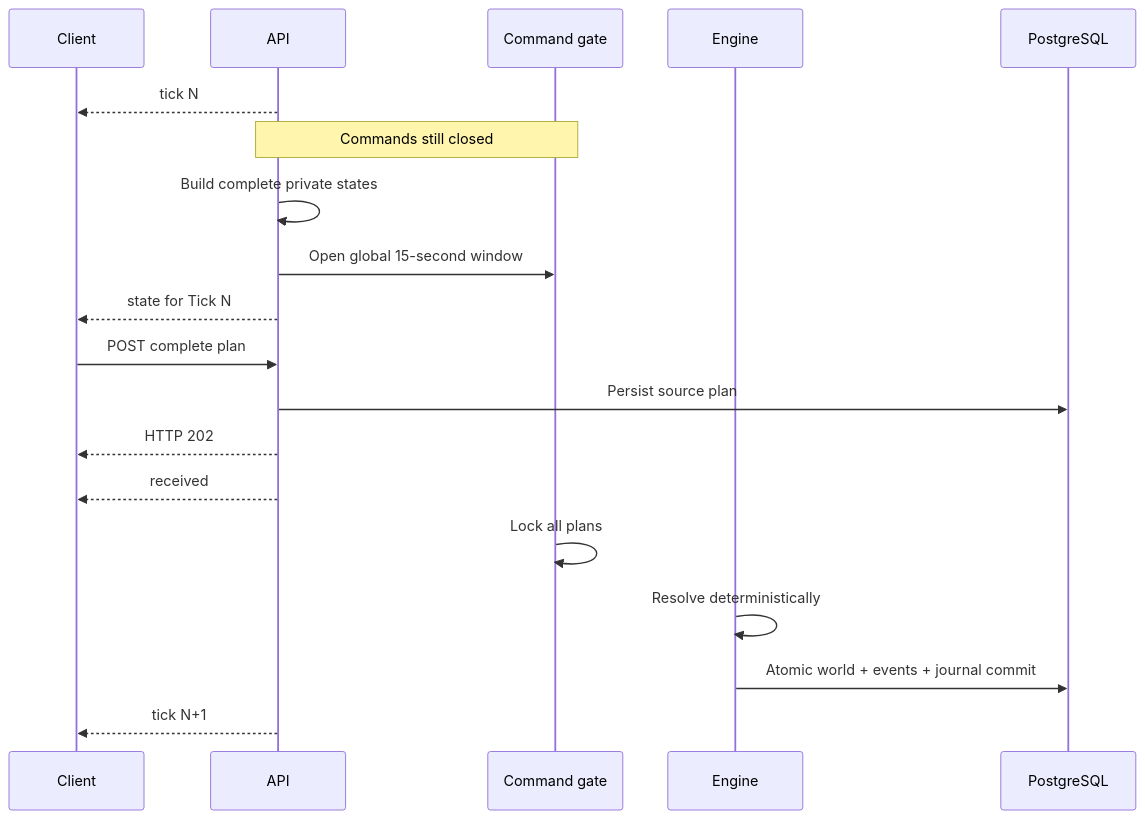
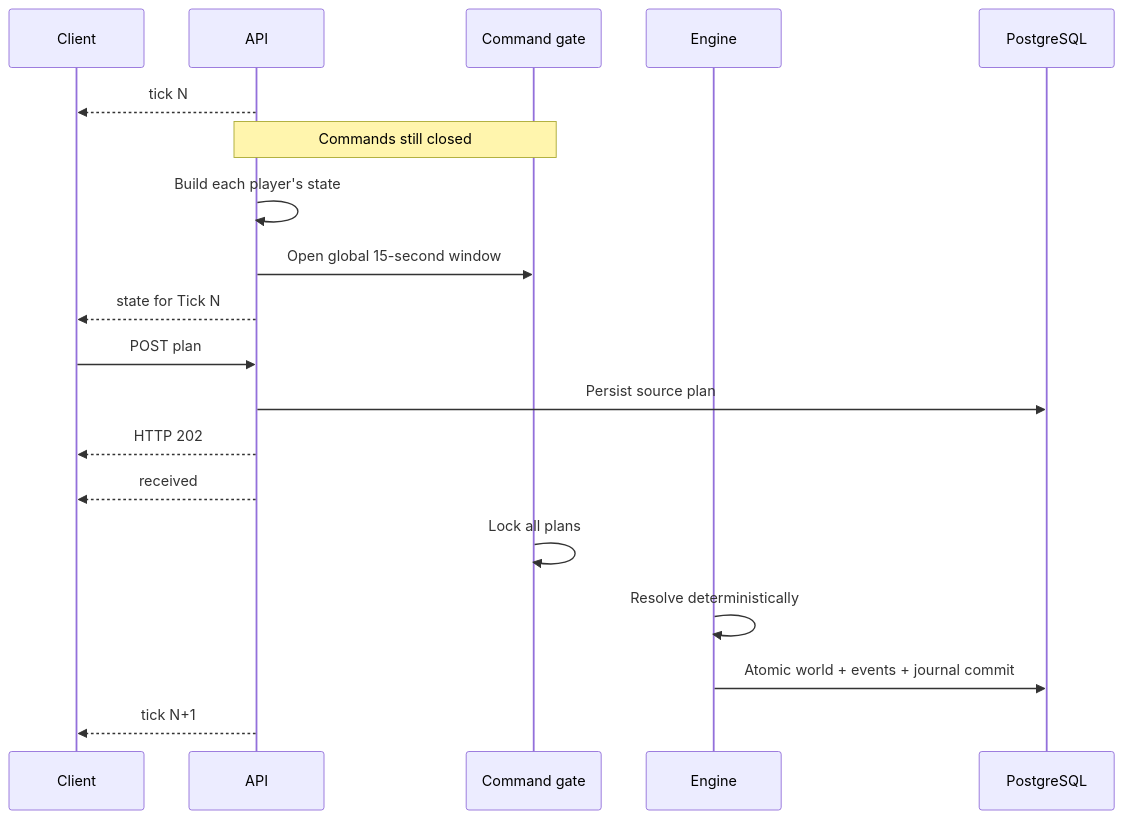
Before and after one commit to arena-hero/arena-hero-doc: the diagram in docs/rules/world-and-ticks.md, drawn with Mermaid. The commit also changed other lines of this file and 66 other files, not shown here.

````diff
--- a/docs/rules/world-and-ticks.md
+++ b/docs/rules/world-and-ticks.md
@@ -44,22 +44,22 @@
 ```mermaid
 sequenceDiagram
   participant C as Client
   participant A as API
   participant G as Command gate
   participant E as Engine
   participant D as PostgreSQL
 
   A-->>C: tick N
   Note over A,G: Commands still closed
-  A->>A: Build complete private states
+  A->>A: Build each player's state
   A->>G: Open global 15-second window
   A-->>C: state for Tick N
-  C->>A: POST complete plan
+  C->>A: POST plan
   A->>D: Persist source plan
   A-->>C: HTTP 202
   A-->>C: received
   G->>G: Lock all plans
   E->>E: Resolve deterministically
   E->>D: Atomic world + events + journal commit
   A-->>C: tick N+1
 ```
````
